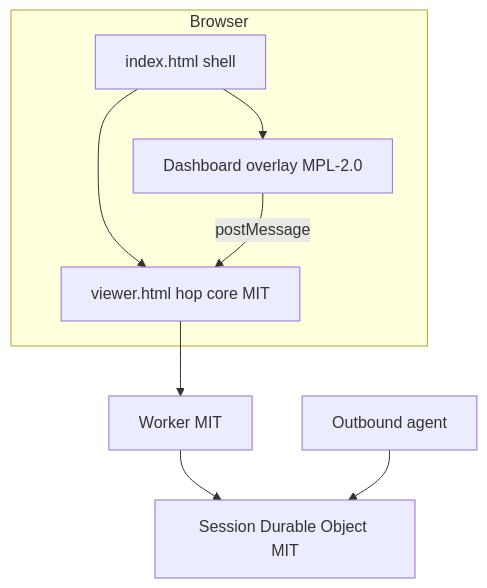
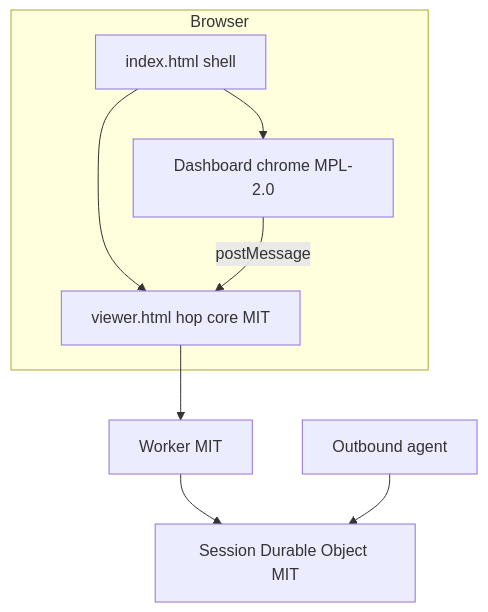
The third of 3 diagrams in docs/architecture.md (Joleeconsultants/Jolee-Remote), drawn with Mermaid before and after one commit. The commit also changed other lines of this file and 14 other files, not shown here.

Commit message:
Strip custom join chrome; Selkies dashboard overlays a canvas hole.

````diff
--- a/docs/architecture.md
+++ b/docs/architecture.md
@@ -36,14 +38,14 @@
 ```mermaid
 flowchart TB
   subgraph chrome [Browser]
     Shell[index.html shell]
-    Overlay[Dashboard overlay MPL-2.0]
+    Overlay[Dashboard chrome MPL-2.0]
     Core[viewer.html hop core MIT]
     Shell --> Overlay
     Shell --> Core
     Overlay -->|postMessage| Core
   end
   Core --> Worker[Worker MIT]
   Worker --> DO[Session Durable Object MIT]
   Agent[Outbound agent] --> DO
 ```
````
